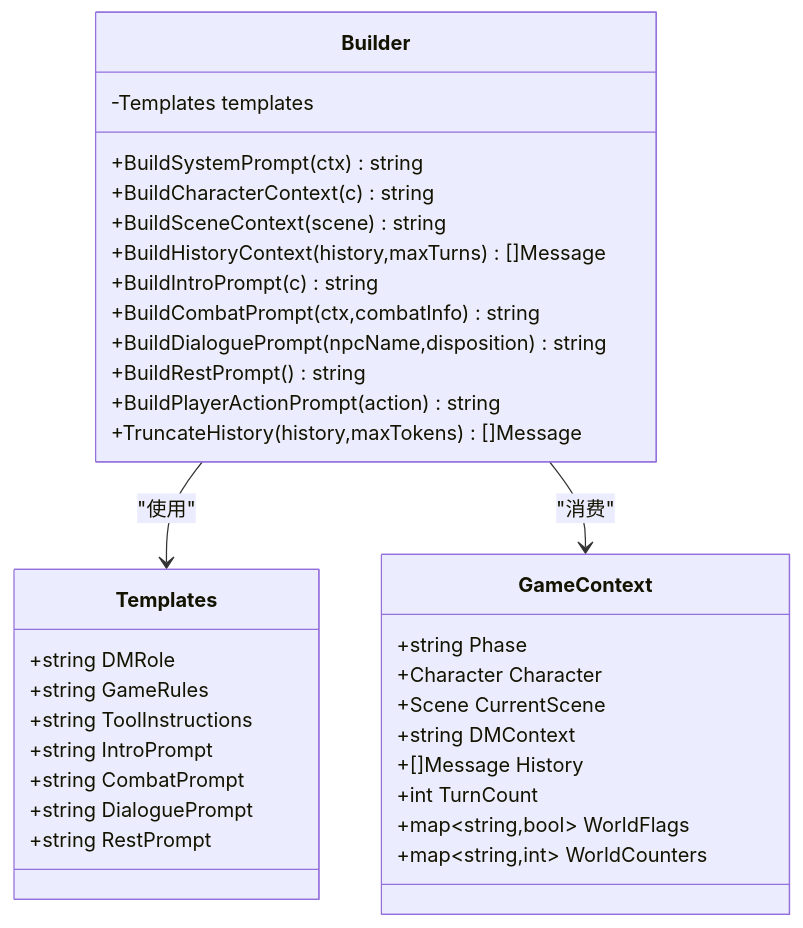
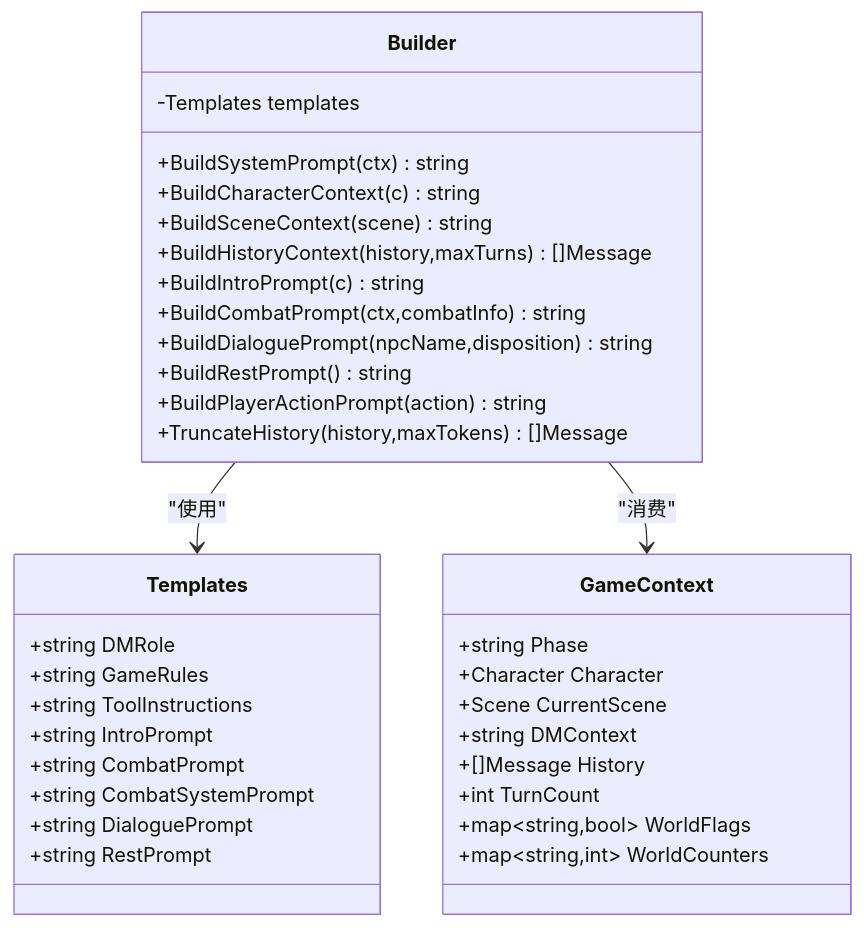
The third of 9 diagrams in .qoder/repowiki/zh/content/LLM集成系统/提示词系统.md (zwh8800/cdnd), drawn with Mermaid before and after one commit. The commit also changed other lines of this file and 102 other files, not shown here.

````diff
--- a/.qoder/repowiki/zh/content/LLM集成系统/提示词系统.md
+++ b/.qoder/repowiki/zh/content/LLM集成系统/提示词系统.md
@@ -182,37 +189,38 @@
 ```mermaid
 classDiagram
 class Templates {
 +string DMRole
 +string GameRules
 +string ToolInstructions
 +string IntroPrompt
 +string CombatPrompt
++string CombatSystemPrompt
 +string DialoguePrompt
 +string RestPrompt
 }
 class GameContext {
 +string Phase
 +Character Character
 +Scene CurrentScene
 +string DMContext
 +[]Message History
 +int TurnCount
 +map~string,bool~ WorldFlags
 +map~string,int~ WorldCounters
 }
 class Builder {
 -Templates templates
 +BuildSystemPrompt(ctx) string
 +BuildCharacterContext(c) string
 +BuildSceneContext(scene) string
 +BuildHistoryContext(history,maxTurns) []Message
 +BuildIntroPrompt(c) string
 +BuildCombatPrompt(ctx,combatInfo) string
 +BuildDialoguePrompt(npcName,disposition) string
 +BuildRestPrompt() string
 +BuildPlayerActionPrompt(action) string
 +TruncateHistory(history,maxTokens) []Message
 }
 Builder --> Templates : "使用"
 Builder --> GameContext : "消费"
 ```
````
